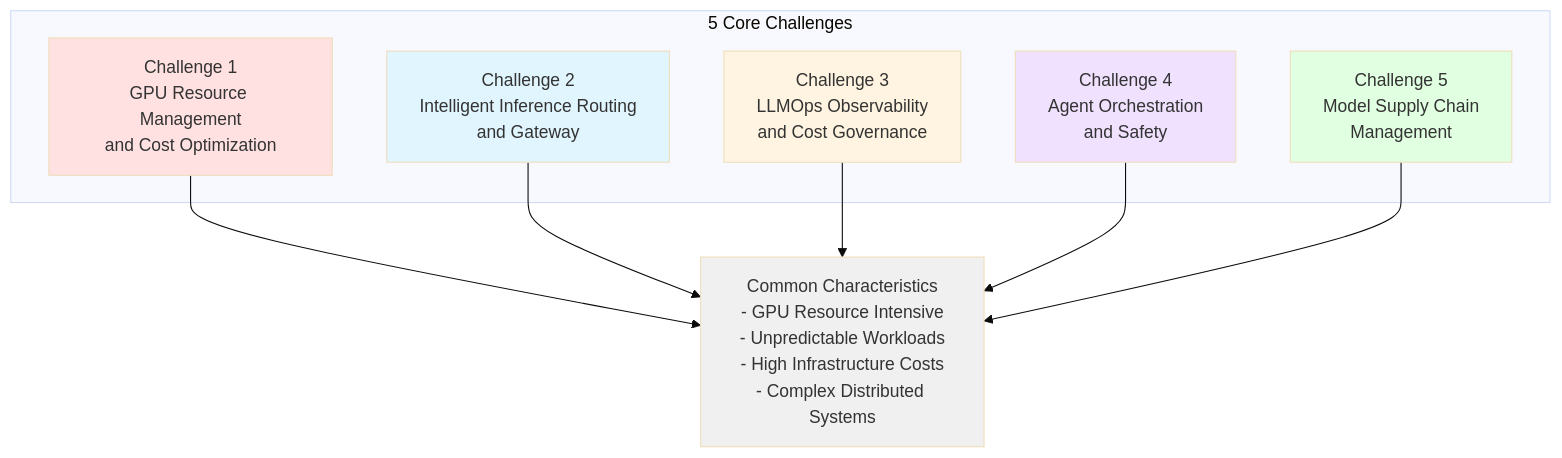
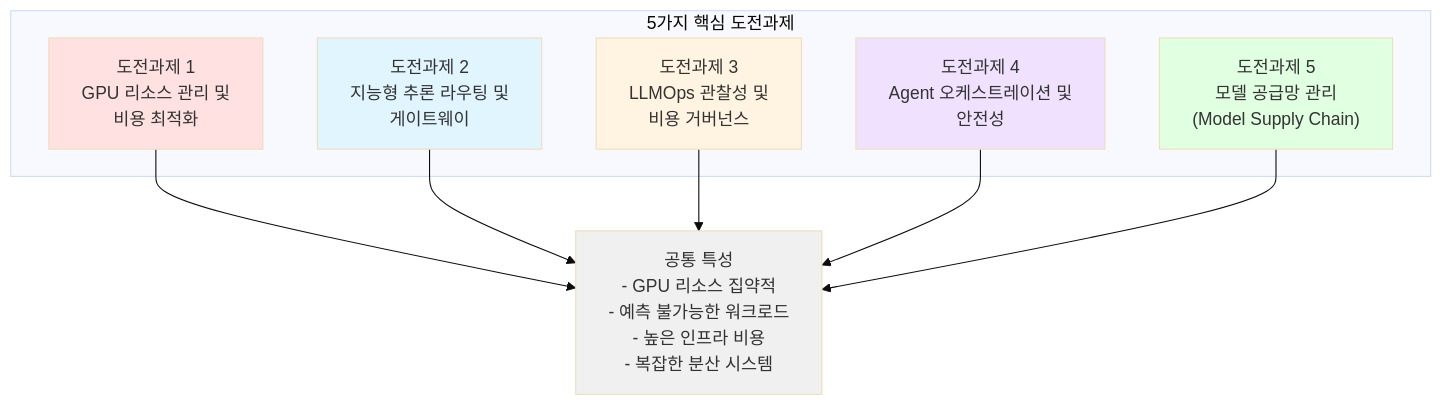
Before and after one commit to devfloor9/engineering-playbook: the first of 4 diagrams in i18n/en/docusaurus-plugin-content-docs/current/agentic-ai-platform/design-architecture/agentic-ai-challenges.md, drawn with Mermaid (base theme). The commit also changed other lines of this file and 23 other files, not shown here.

````diff
--- a/i18n/en/docusaurus-plugin-content-docs/current/agentic-ai-platform/design-architecture/agentic-ai-challenges.md
+++ b/i18n/en/docusaurus-plugin-content-docs/current/agentic-ai-platform/design-architecture/agentic-ai-challenges.md
@@ -27,25 +29,25 @@
 ```mermaid
 flowchart TD
-    subgraph Challenges["5 Core Challenges"]
-        C1["Challenge 1<br/>GPU Resource Management<br/>and Cost Optimization"]
-        C2["Challenge 2<br/>Intelligent Inference Routing<br/>and Gateway"]
-        C3["Challenge 3<br/>LLMOps Observability<br/>and Cost Governance"]
-        C4["Challenge 4<br/>Agent Orchestration<br/>and Safety"]
-        C5["Challenge 5<br/>Model Supply Chain<br/>Management"]
+    subgraph Challenges["5가지 핵심 도전과제"]
+        C1["도전과제 1<br/>GPU 리소스 관리 및<br/>비용 최적화"]
+        C2["도전과제 2<br/>지능형 추론 라우팅 및<br/>게이트웨이"]
+        C3["도전과제 3<br/>LLMOps 관찰성 및<br/>비용 거버넌스"]
+        C4["도전과제 4<br/>Agent 오케스트레이션 및<br/>안전성"]
+        C5["도전과제 5<br/>모델 공급망 관리<br/>(Model Supply Chain)"]
     end
 
-    COMMON["Common Characteristics<br/>- GPU Resource Intensive<br/>- Unpredictable Workloads<br/>- High Infrastructure Costs<br/>- Complex Distributed Systems"]
+    COMMON["공통 특성<br/>- GPU 리소스 집약적<br/>- 예측 불가능한 워크로드<br/>- 높은 인프라 비용<br/>- 복잡한 분산 시스템"]
 
     C1 --> COMMON
     C2 --> COMMON
     C3 --> COMMON
     C4 --> COMMON
     C5 --> COMMON
 
     style C1 fill:#ffe1e1
     style C2 fill:#e1f5ff
     style C3 fill:#fff4e1
     style C4 fill:#f0e1ff
     style C5 fill:#e1ffe1
     style COMMON fill:#f0f0f0
 ```
````
